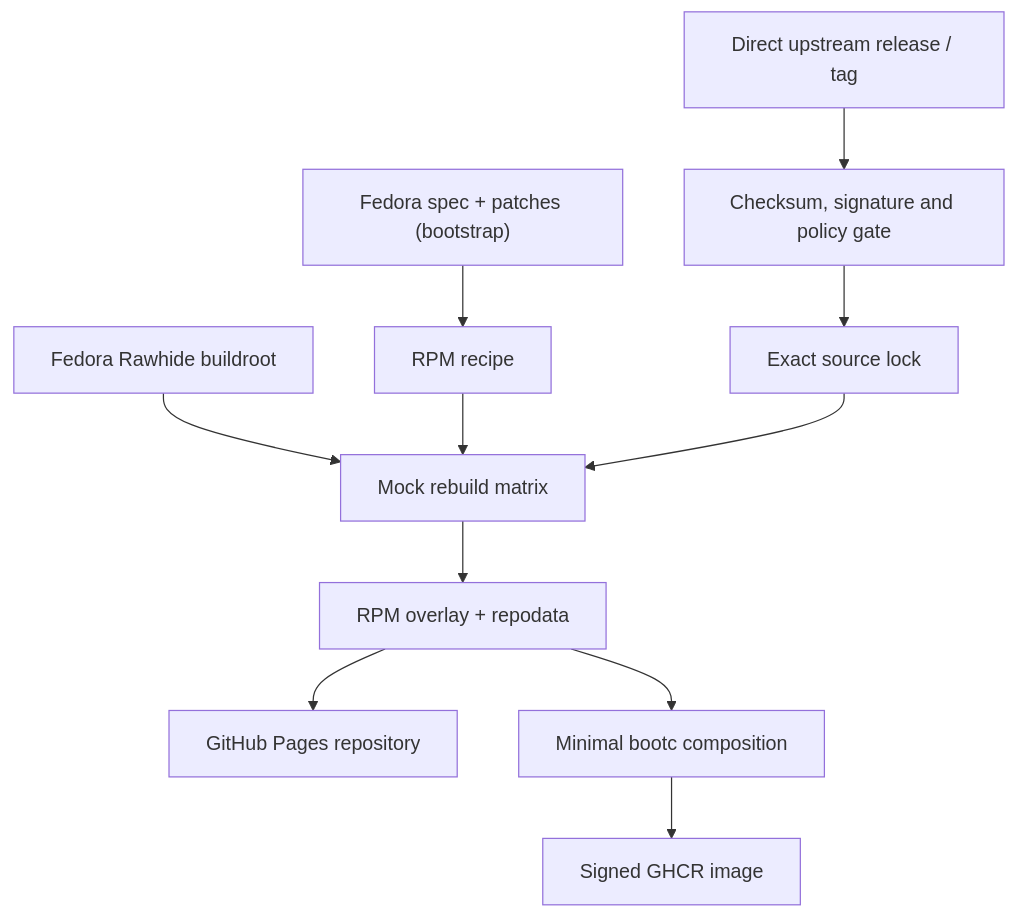
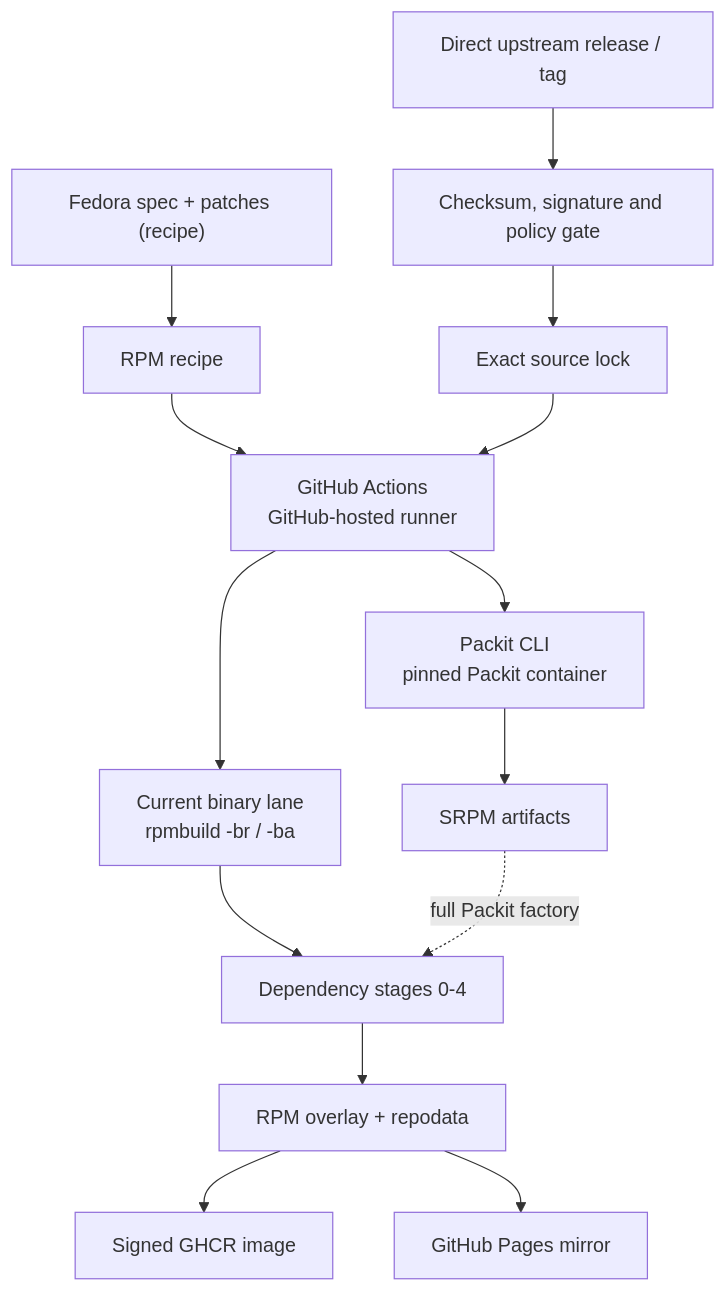
Before and after one commit to HuntedRaven7/utah-packages-1: the diagram in docs/architecture.md, drawn with Mermaid. The commit also changed other lines of this file and 2 other files, not shown here.

First line of the commit message:
docs: make GitHub Actions the factory's Copr replacement

````diff
--- a/docs/architecture.md
+++ b/docs/architecture.md
@@ -3,13 +3,16 @@
 ```mermaid
 flowchart TD
-  Fedora["Fedora spec + patches (bootstrap)"] --> Spec["RPM recipe"]
+  Fedora["Fedora spec + patches (recipe)"] --> Spec["RPM recipe"]
   Upstream["Direct upstream release / tag"] --> Verify["Checksum, signature and policy gate"]
   Verify --> Lock["Exact source lock"]
-  Rawhide["Fedora Rawhide buildroot"] --> Mock
-  Spec --> Mock["Mock rebuild matrix"]
-  Lock --> Mock
-  Mock --> Repo["RPM overlay + repodata"]
-  Repo --> Pages["GitHub Pages repository"]
-  Repo --> Bootc["Minimal bootc composition"]
-  Bootc --> GHCR["Signed GHCR image"]
+  GHA["GitHub Actions\nGitHub-hosted runner"] --> Packit["Packit CLI\npinned Packit container"]
+  Spec --> GHA
+  Lock --> GHA
+  Packit --> SRPM["SRPM artifacts"]
+  GHA --> Binary["Current binary lane\nrpmbuild -br / -ba"]
+  Binary --> Stages["Dependency stages 0-4"]
+  Stages --> Repo["RPM overlay + repodata"]
+  SRPM -. full Packit factory .-> Stages
+  Repo --> GHCR["Signed GHCR image"]
+  Repo --> Pages["GitHub Pages mirror"]
 ```
````
